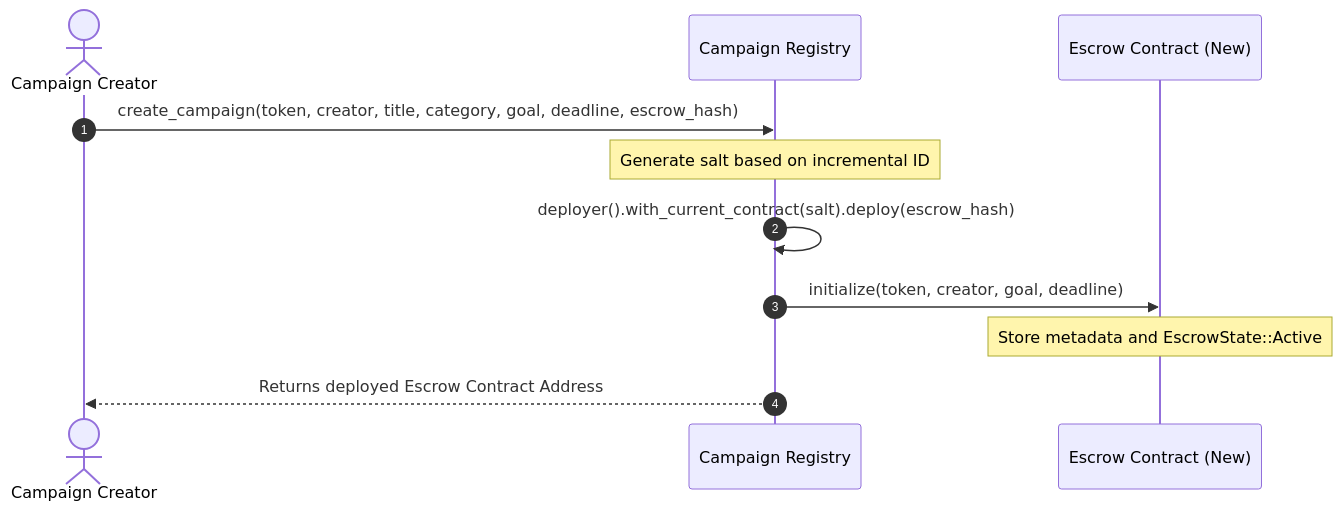
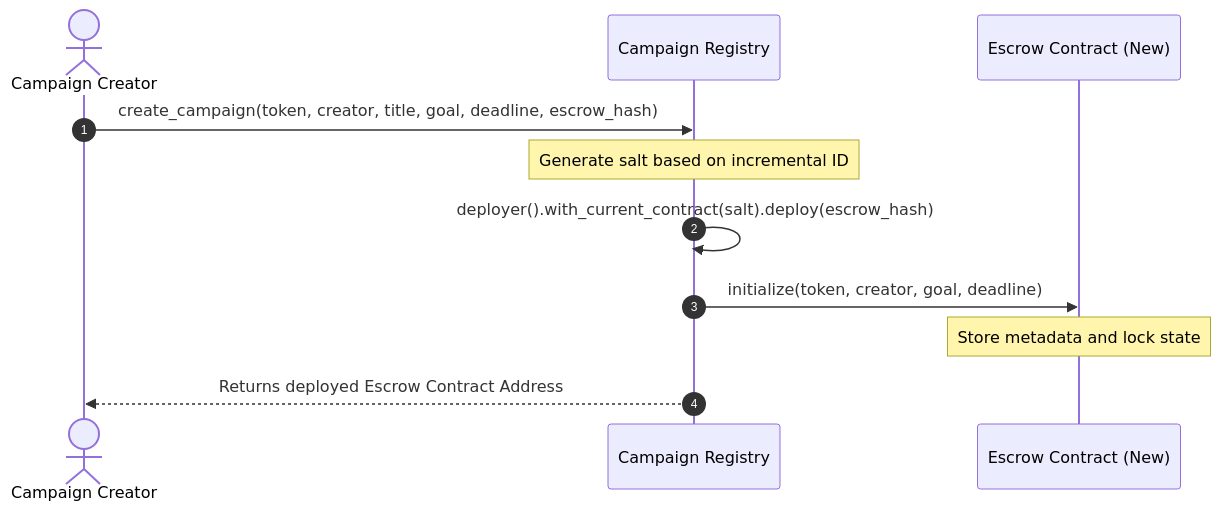
One commit to daman-21-deep/FundForge changed the second of 2 diagrams in README.md. Above: the diagram before and after it, drawn with Mermaid. The commit also changed other lines of this file, not shown here.

````diff
--- a/README.md
+++ b/README.md
@@ -92,14 +90,14 @@
 ```mermaid
 sequenceDiagram
     autonumber
     actor Creator as Campaign Creator
     participant Registry as Campaign Registry
     participant Escrow as Escrow Contract (New)
     
-    Creator->>Registry: create_campaign(token, creator, title, category, goal, deadline, escrow_hash)
+    Creator->>Registry: create_campaign(token, creator, title, goal, deadline, escrow_hash)
     Note over Registry: Generate salt based on incremental ID
     Registry->>Registry: deployer().with_current_contract(salt).deploy(escrow_hash)
     Registry->>Escrow: initialize(token, creator, goal, deadline)
-    Note over Escrow: Store metadata and EscrowState::Active
+    Note over Escrow: Store metadata and lock state
     Registry-->>Creator: Returns deployed Escrow Contract Address
 ```
````
